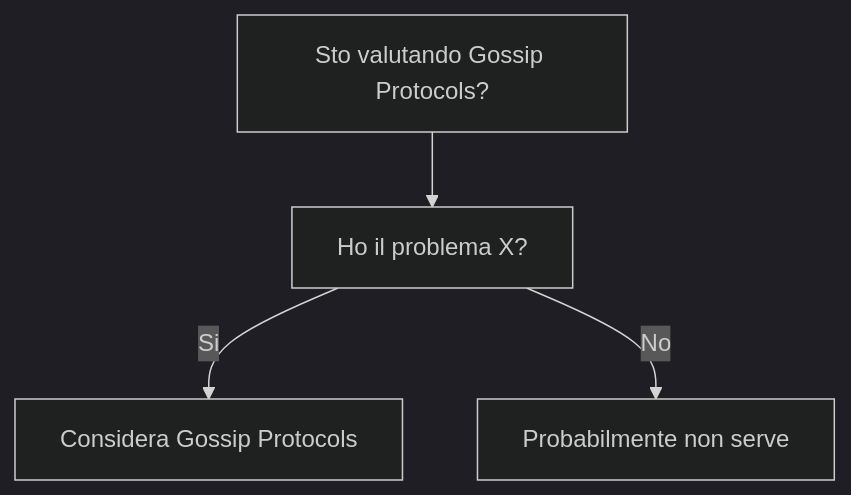
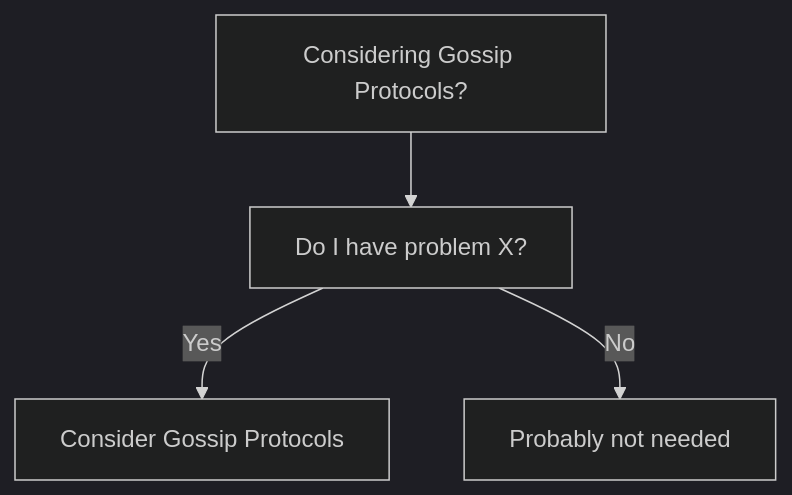
The diagram in dev-wiki/05_Distributed_Systems/Gossip_Protocols/When_To_Use.md (HxT9/Software-Dev-Wiki), drawn with Mermaid (dark theme) before and after one commit. The commit also changed other lines of this file and 3444 other files, not shown here.

````diff
--- a/dev-wiki/05_Distributed_Systems/Gossip_Protocols/When_To_Use.md
+++ b/dev-wiki/05_Distributed_Systems/Gossip_Protocols/When_To_Use.md
@@ -19,6 +19,6 @@
 ```mermaid
 flowchart TD
-  Q[Sto valutando Gossip Protocols?] --> Q1[Ho il problema X?]
-  Q1 -->|Si| OK[Considera Gossip Protocols]
-  Q1 -->|No| NO[Probabilmente non serve]
+  Q[Considering Gossip Protocols?] --> Q1[Do I have problem X?]
+  Q1 -->|Yes| OK[Consider Gossip Protocols]
+  Q1 -->|No| NO[Probably not needed]
 ```
````
